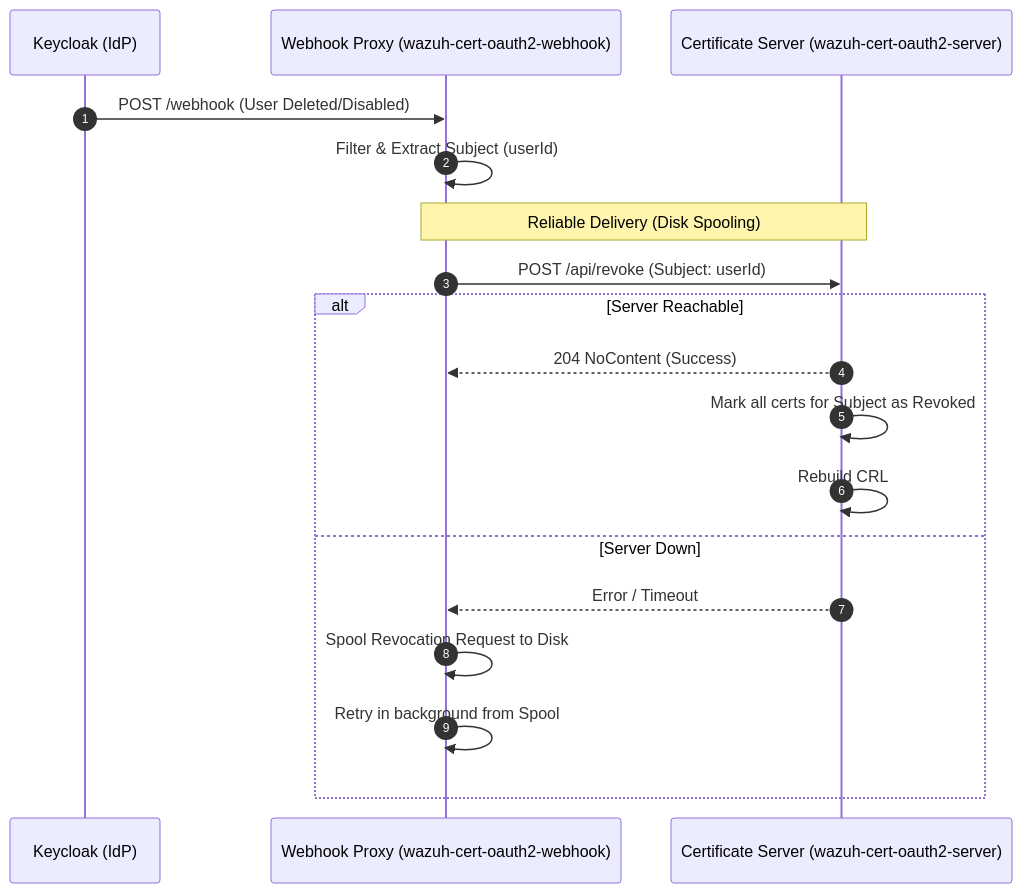
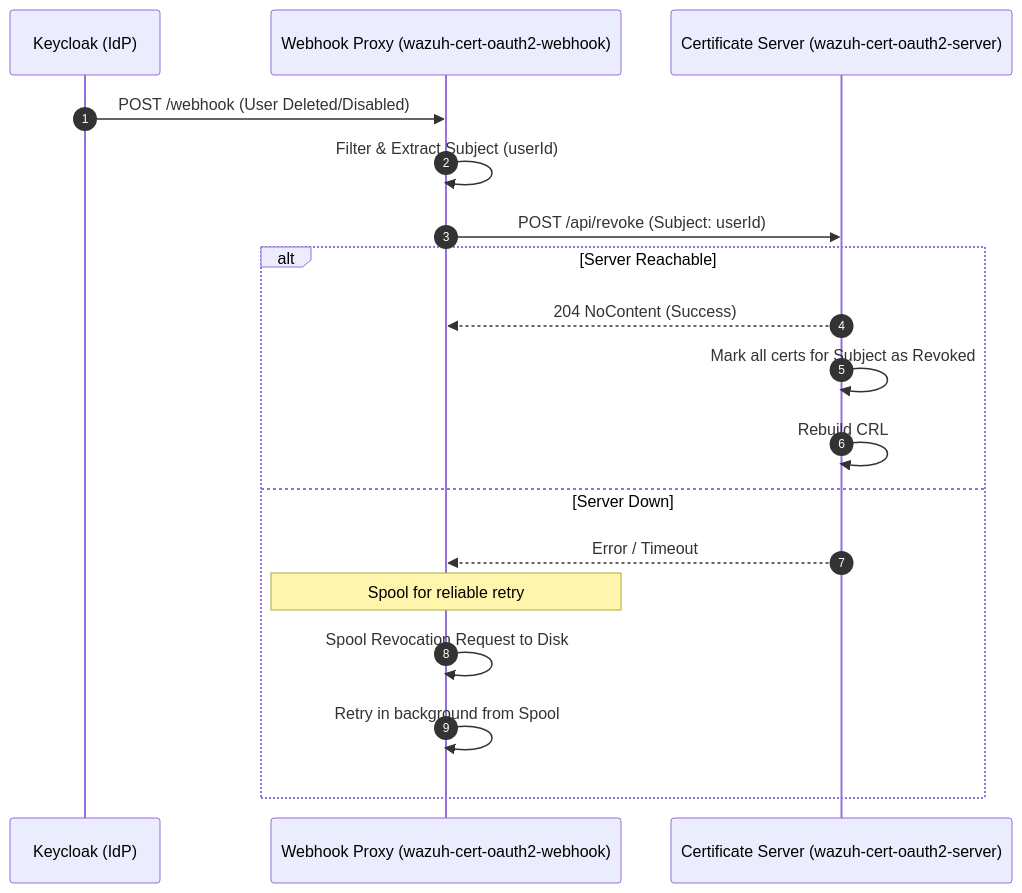
Before and after one commit to ADORSYS-GIS/wazuh-cert-oauth2: the second of 4 diagrams in docs/architecture.md, drawn with Mermaid.

Commit message:
docs: clarify spool-on-failure in revocation and ticket flows, fix dark mode rect

````diff
--- a/docs/architecture.md
+++ b/docs/architecture.md
@@ -68,25 +68,24 @@
 ```mermaid
 sequenceDiagram
     autonumber
 
     participant Keycloak as Keycloak (IdP)
     participant Webhook as Webhook Proxy (wazuh-cert-oauth2-webhook)
     participant Server as Certificate Server (wazuh-cert-oauth2-server)
 
     Keycloak->>Webhook: POST /webhook (User Deleted/Disabled)
     Webhook->>Webhook: Filter & Extract Subject (userId)
-    
-    Note over Webhook,Server: Reliable Delivery (Disk Spooling)
-    
+
     Webhook->>Server: POST /api/revoke (Subject: userId)
     
     alt Server Reachable
         Server-->>Webhook: 204 NoContent (Success)
         Server->>Server: Mark all certs for Subject as Revoked
         Server->>Server: Rebuild CRL
     else Server Down
         Server-->>Webhook: Error / Timeout
+        Note over Webhook: Spool for reliable retry
         Webhook->>Webhook: Spool Revocation Request to Disk
         Webhook->>Webhook: Retry in background from Spool
     end
 ```
````
